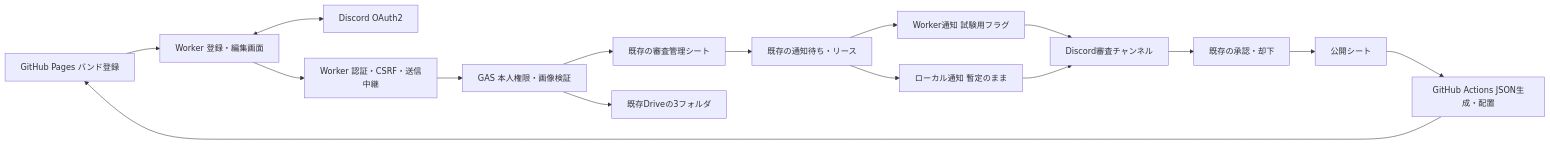
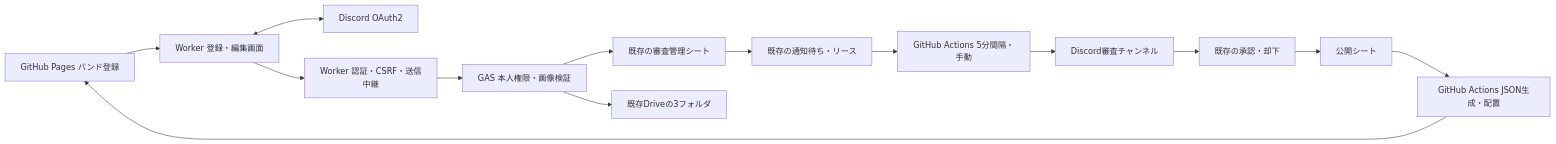
One commit to LyceeSerie/SerieIndustry changed the diagram in docs/VRC-Band-DB-self-service.md. Above: the diagram before and after it, drawn with Mermaid. The commit also changed other lines of this file and 3 other files, not shown here.

````diff
--- a/docs/VRC-Band-DB-self-service.md
+++ b/docs/VRC-Band-DB-self-service.md
@@ -9,18 +9,16 @@
 ```mermaid
 flowchart LR
   Site[GitHub Pages バンド登録] --> UI[Worker 登録・編集画面]
   UI <--> OAuth[Discord OAuth2]
   UI --> API[Worker 認証・CSRF・送信中継]
   API --> GAS[GAS 本人権限・画像検証]
   GAS --> Review[既存の審査管理シート]
   GAS --> Drive[既存Driveの3フォルダ]
   Review --> Queue[既存の通知待ち・リース]
-  Queue --> Cloud[Worker通知 試験用フラグ]
-  Queue --> PC[ローカル通知 暫定のまま]
-  Cloud --> Discord[Discord審査チャンネル]
-  PC --> Discord
+  Queue --> Notify[GitHub Actions 5分間隔・手動]
+  Notify --> Discord[Discord審査チャンネル]
   Discord --> Approval[既存の承認・却下]
   Approval --> Public[公開シート]
   Public --> Actions[GitHub Actions JSON生成・配置]
   Actions --> Site
 ```
````
